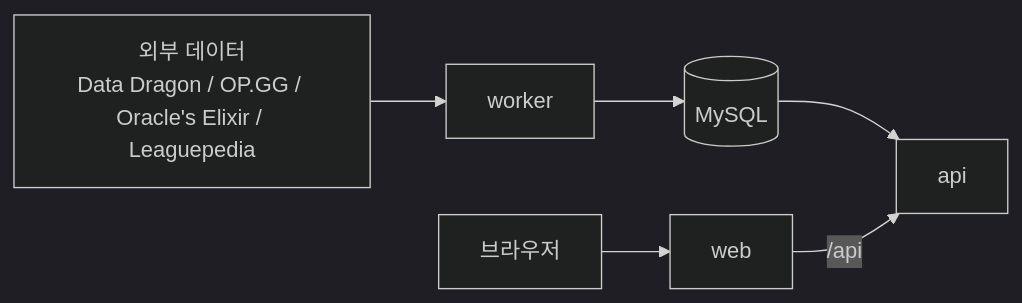
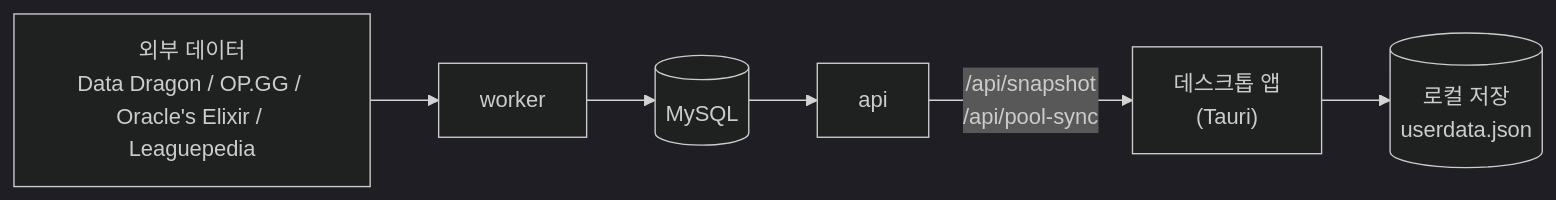
The diagram in README.ko.md (Harukoto-Project/draft.gg), drawn with Mermaid (dark theme) before and after one commit. The commit also changed other lines of this file and 4 other files, not shown here.

````diff
--- a/README.ko.md
+++ b/README.ko.md
@@ -68,8 +79,8 @@
 ```mermaid
 flowchart LR
   ext["외부 데이터<br/>Data Dragon / OP.GG / Oracle's Elixir / Leaguepedia"] --> worker
   worker --> db[("MySQL")]
   db --> api
-  browser["브라우저"] --> web
-  web -->|"/api"| api
+  api -->|"/api/snapshot<br/>/api/pool-sync"| app["데스크톱 앱<br/>(Tauri)"]
+  app --> local[("로컬 저장<br/>userdata.json")]
 ```
````
